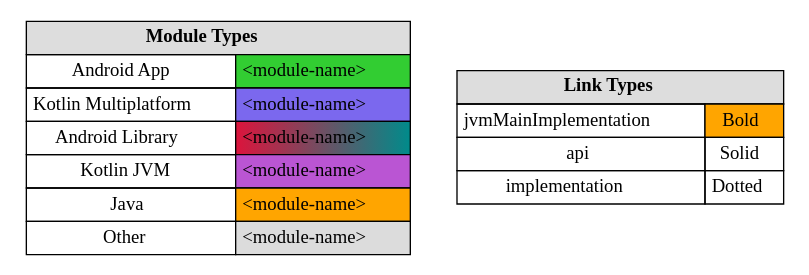
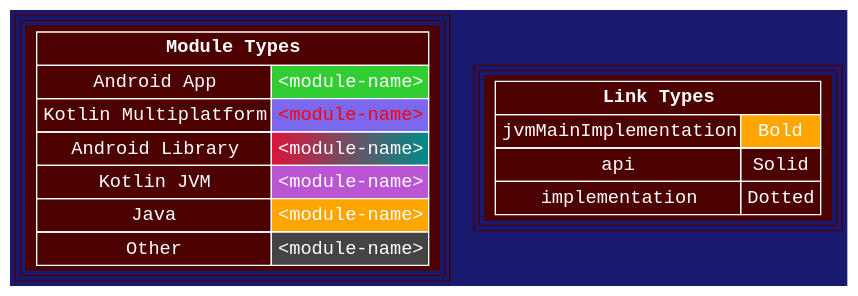
Before and after one commit to jonapoul/atlas: the diagram in samples/sample-graphviz/atlas/legend.dot, drawn with Graphviz. The commit also changed 20 other files, not shown here.

Commit message:
Style graphviz legends (#295)

```diff
--- a/samples/sample-graphviz/atlas/legend.dot
+++ b/samples/sample-graphviz/atlas/legend.dot
@@ -1,22 +1,24 @@
 digraph {
-  node [shape=plaintext]
+  node [fontname="Courier New",peripheries="3",style="filled",shape="plaintext",color="#4C0000",fontcolor="white"]
+  edge [arrowhead="ediamond",arrowtail="none",fontcolor="white",labelfloat="false",color="red"]
+  graph [bgcolor="MidnightBlue",fontsize="30",rankdir="TB",ranksep="1.5"]
   modules [label=<
-  <TABLE BORDER="0" CELLBORDER="1" CELLSPACING="0" CELLPADDING="4">
-    <TR><TD COLSPAN="2" BGCOLOR="#DDDDDD"><B>Module Types</B></TD></TR>
+  <TABLE BORDER="0" CELLBORDER="1" CELLSPACING="0" CELLPADDING="4" COLOR="white">
+    <TR><TD COLSPAN="2"><B>Module Types</B></TD></TR>
     <TR><TD>Android App</TD><TD BGCOLOR="limegreen">&lt;module-name&gt;</TD></TR>
-    <TR><TD>Kotlin Multiplatform</TD><TD BGCOLOR="mediumslateblue">&lt;module-name&gt;</TD></TR>
+    <TR><TD>Kotlin Multiplatform</TD><TD BGCOLOR="mediumslateblue"><FONT COLOR="red">&lt;module-name&gt;</FONT></TD></TR>
     <TR><TD>Android Library</TD><TD BGCOLOR="crimson:cyan4">&lt;module-name&gt;</TD></TR>
     <TR><TD>Kotlin JVM</TD><TD BGCOLOR="mediumorchid">&lt;module-name&gt;</TD></TR>
     <TR><TD>Java</TD><TD BGCOLOR="orange">&lt;module-name&gt;</TD></TR>
-    <TR><TD>Other</TD><TD BGCOLOR="gainsboro">&lt;module-name&gt;</TD></TR>
+    <TR><TD>Other</TD><TD BGCOLOR="#444444">&lt;module-name&gt;</TD></TR>
   </TABLE>
   >];
   links [label=<
-  <TABLE BORDER="0" CELLBORDER="1" CELLSPACING="0" CELLPADDING="4">
-    <TR><TD COLSPAN="2" BGCOLOR="#DDDDDD"><B>Link Types</B></TD></TR>
+  <TABLE BORDER="0" CELLBORDER="1" CELLSPACING="0" CELLPADDING="4" COLOR="white">
+    <TR><TD COLSPAN="2"><B>Link Types</B></TD></TR>
     <TR><TD>jvmMainImplementation</TD><TD BGCOLOR="orange">Bold</TD></TR>
     <TR><TD>api</TD><TD>Solid</TD></TR>
     <TR><TD>implementation</TD><TD>Dotted</TD></TR>
   </TABLE>
   >];
 }
```
